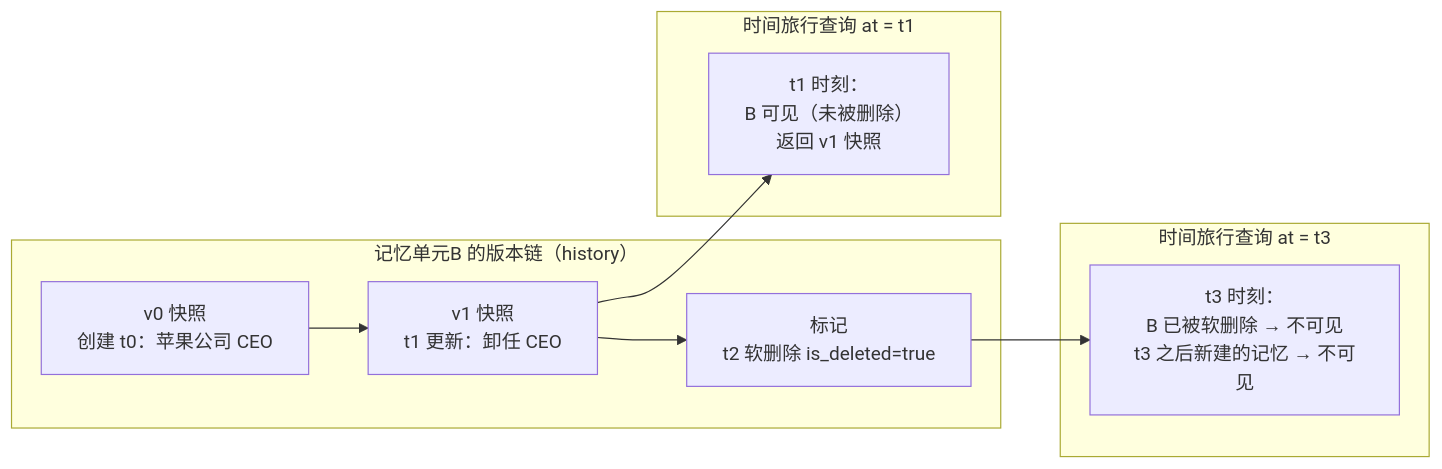
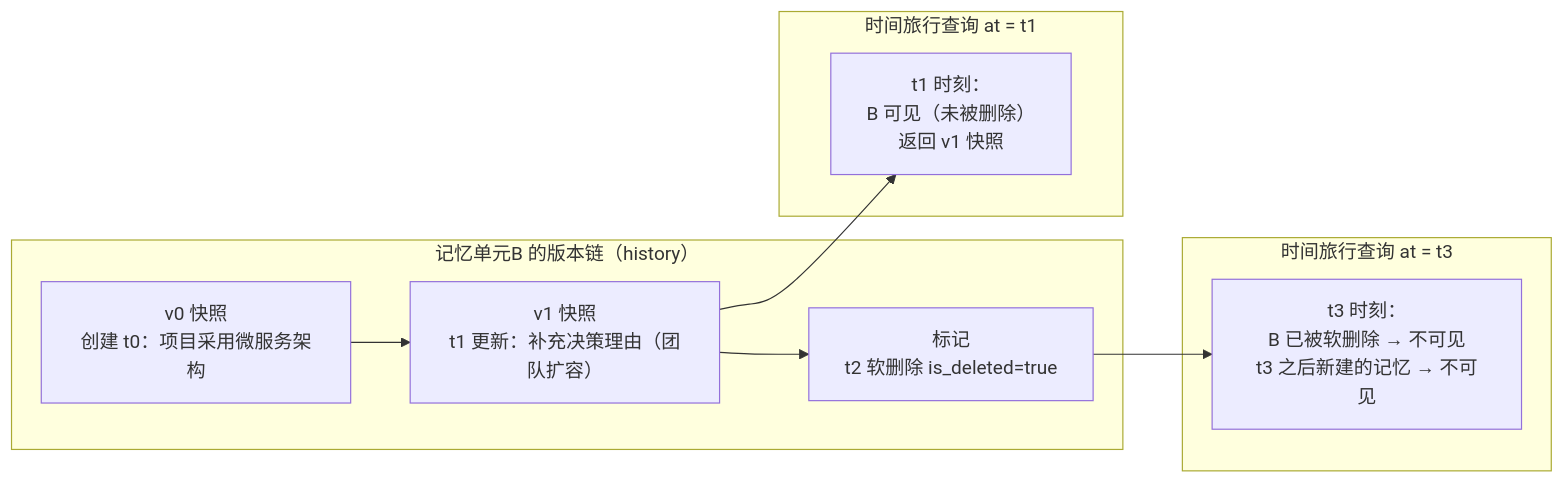
Before and after one commit to agentic-data-ops/bionic-graph: the fifth of 5 diagrams in .reasonix/patent/一种AI智能体仿生记忆装置和召回方法.md, drawn with Mermaid. The commit also changed other lines of this file, not shown here.

````diff
--- a/.reasonix/patent/一种AI智能体仿生记忆装置和召回方法.md
+++ b/.reasonix/patent/一种AI智能体仿生记忆装置和召回方法.md
@@ -321,17 +319,17 @@
 ```mermaid
 flowchart LR
     subgraph VH["记忆单元B 的版本链（history）"]
-        v0["v0 快照<br/>创建 t0：苹果公司 CEO"]
-        v1["v1 快照<br/>t1 更新：卸任 CEO"]
+        v0["v0 快照<br/>创建 t0：项目采用微服务架构"]
+        v1["v1 快照<br/>t1 更新：补充决策理由（团队扩容）"]
         v2["标记<br/>t2 软删除 is_deleted=true"]
     end
     v0 --> v1 --> v2
     subgraph Q1["时间旅行查询 at = t1"]
         F1["t1 时刻：<br/>B 可见（未被删除）<br/>返回 v1 快照"]
     end
     subgraph Q2["时间旅行查询 at = t3"]
         F2["t3 时刻：<br/>B 已被软删除 → 不可见<br/>t3 之后新建的记忆 → 不可见"]
     end
     v2 --> F2
     v1 --> F1
 ```
````
